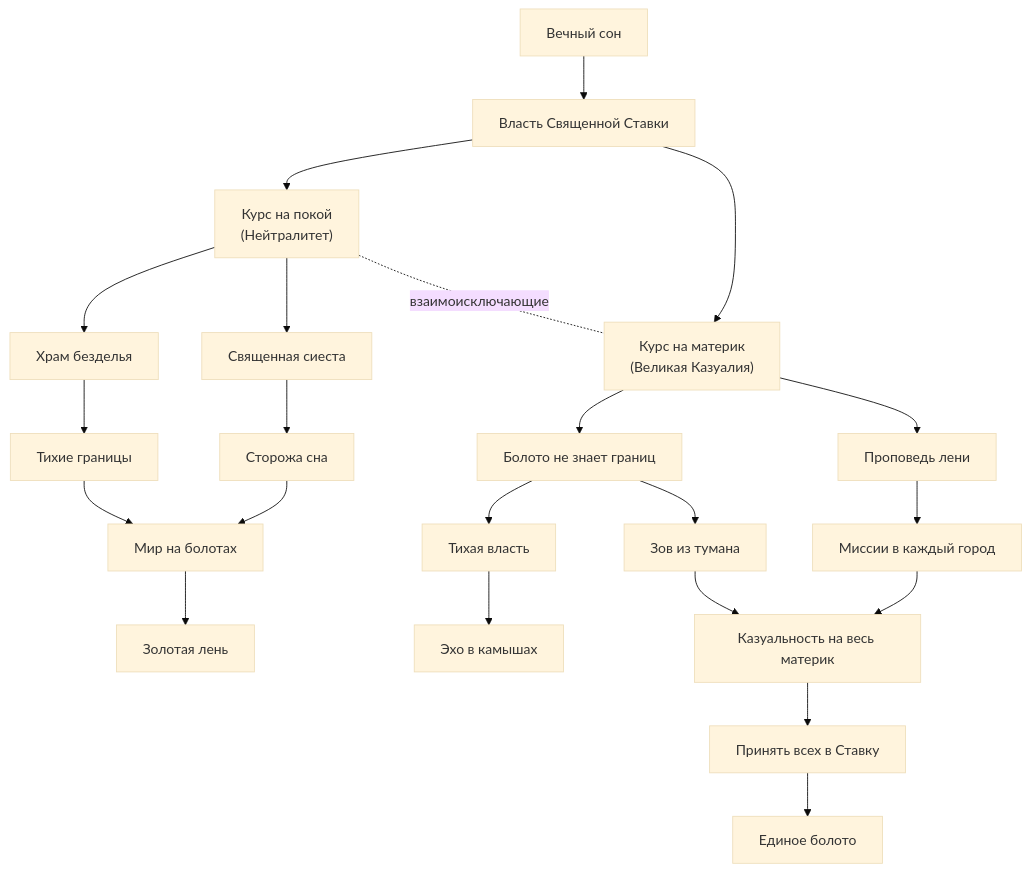
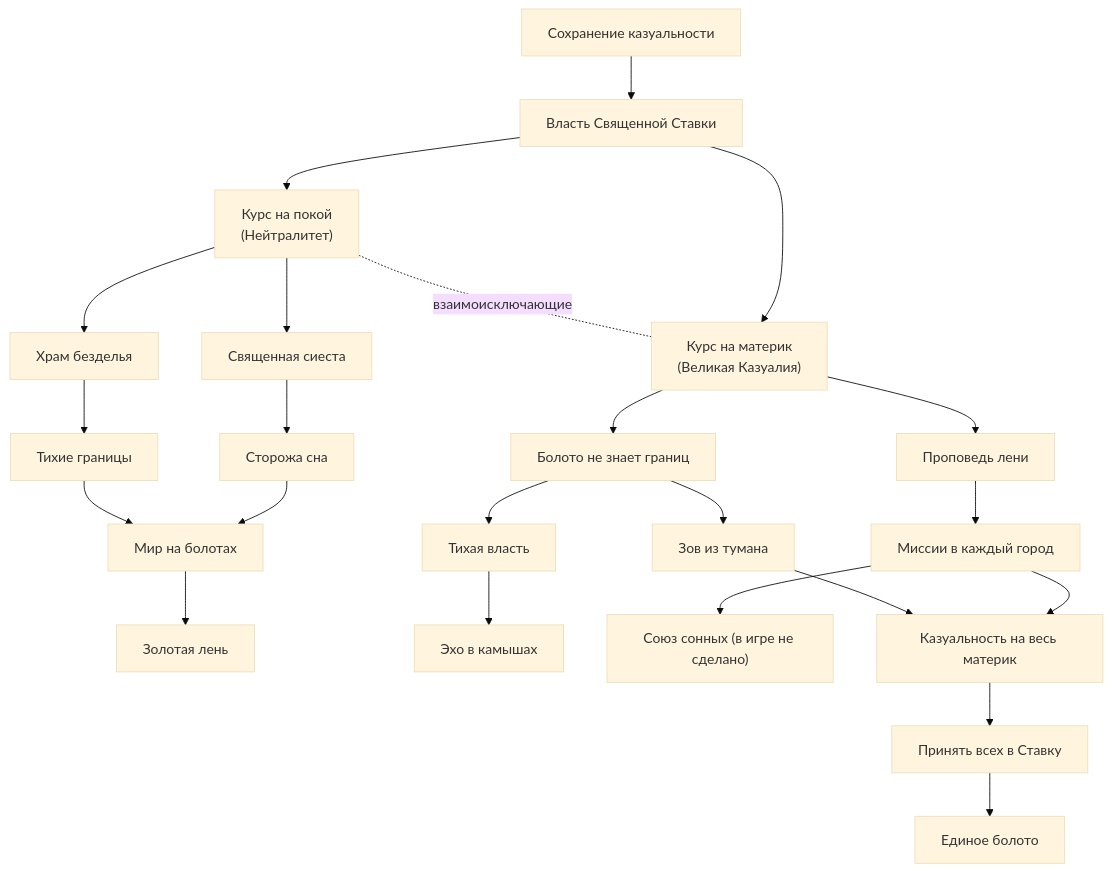
Before and after one commit to CatShredia/casuality-mod: the second of 12 diagrams in docs/focuses/Kazualia-Focus-Tree.md, drawn with Mermaid (base theme). The commit also changed other lines of this file and 8 other files, not shown here.

````diff
--- a/docs/focuses/Kazualia-Focus-Tree.md
+++ b/docs/focuses/Kazualia-Focus-Tree.md
@@ -48,24 +71,25 @@
 ```mermaid
 flowchart TD
-    G1["Вечный сон"] --> G2["Власть Священной Ставки"]
+    G1["Сохранение казуальности"] --> G2["Власть Священной Ставки"]
     G2 --> N1["Курс на покой<br/>(Нейтралитет)"]
     G2 --> G0["Курс на материк<br/>(Великая Казуалия)"]
     N1 -. "взаимоисключающие" .- G0
     N1 --> N2["Священная сиеста"]
     N1 --> N3["Храм безделья"]
     N2 --> N4["Сторожа сна"]
     N3 --> N5["Тихие границы"]
     N4 --> N6["Мир на болотах"]
     N5 --> N6
     N6 --> N7["Золотая лень"]
     G0 --> G3["Проповедь лени"]
     G0 --> G4["Болото не знает границ"]
     G3 --> G5["Миссии в каждый город"]
     G4 --> G6["Зов из тумана"]
     G4 --> GQ["Тихая власть"]
     GQ --> GE["Эхо в камышах"]
+    G5 --> GA["Союз сонных (в игре не сделано)"]
     G5 --> G7["Казуальность на весь материк"]
     G6 --> G7
     G7 --> G8["Принять всех в Ставку"]
     G8 --> G9["Единое болото"]
 ```
````
